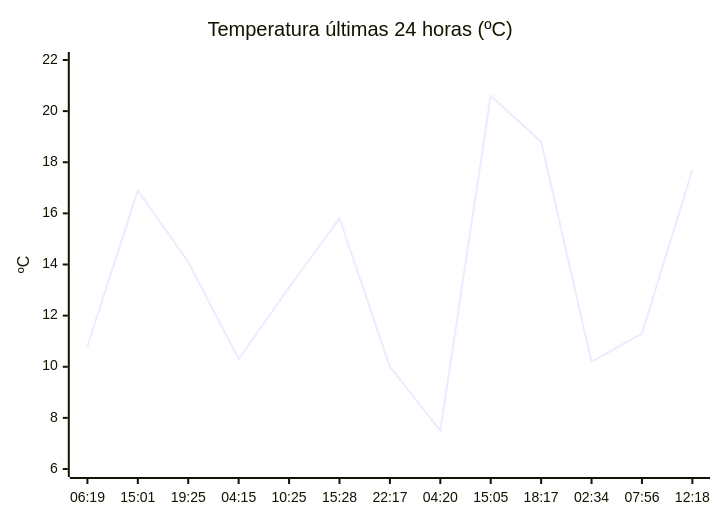
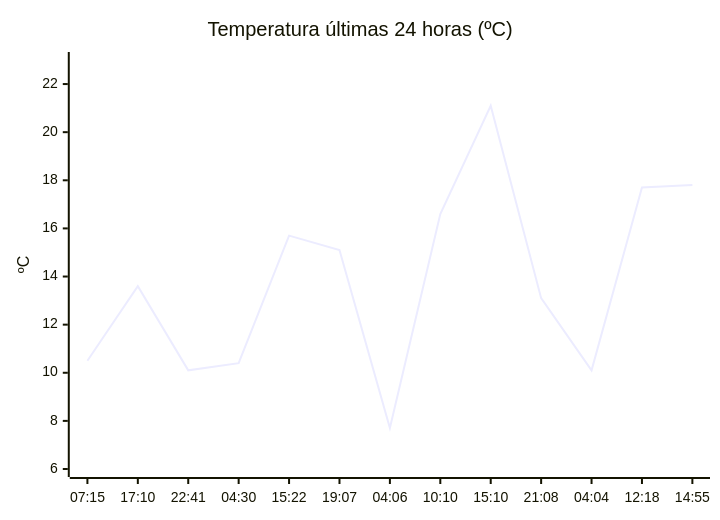
Before and after one commit to solidsnk86/rem-scrap: the diagram in README.md, drawn with Mermaid. The commit also changed other lines of this file, not shown here.

````diff
--- a/README.md
+++ b/README.md
@@ -28,7 +32,7 @@
 ```mermaid
 xychart-beta
     title "Temperatura últimas 24 horas (ºC)"
-    x-axis ["06:19", "15:01", "19:25", "04:15", "10:25", "15:28", "22:17", "04:20", "15:05", "18:17", "02:34", "07:56", "12:18"]
-    y-axis "ºC" 6 --> 22
-    line [10.8, 16.9, 14.1, 10.3, 13.1, 15.8, 10, 7.5, 20.6, 18.8, 10.2, 11.3, 17.7]
+    x-axis ["07:15", "17:10", "22:41", "04:30", "15:22", "19:07", "04:06", "10:10", "15:10", "21:08", "04:04", "12:18", "14:55"]
+    y-axis "ºC" 6 --> 23
+    line [10.5, 13.6, 10.1, 10.4, 15.7, 15.1, 7.7, 16.6, 21.1, 13.1, 10.1, 17.7, 17.8]
 ```
````
